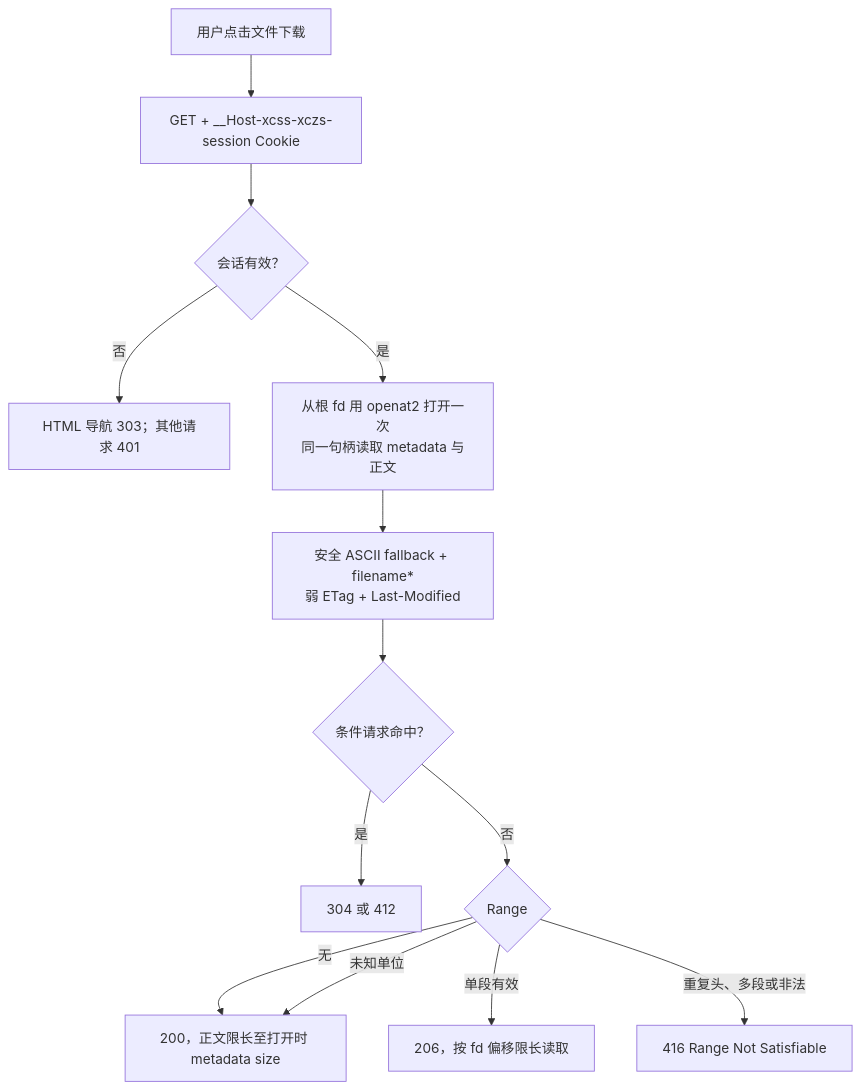
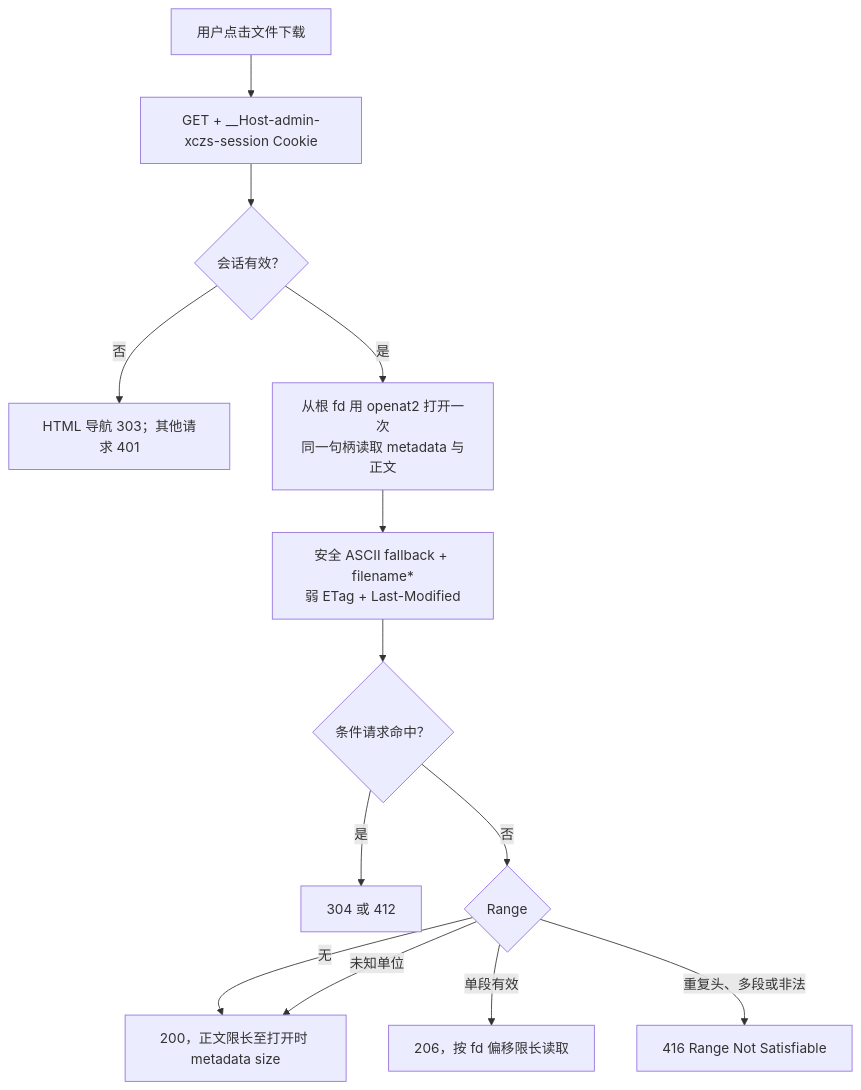
The sixth of 17 diagrams in docs/project-workflow.md (isarmg/dufs-ram-server), drawn with Mermaid before and after one commit. The commit also changed other lines of this file and 186 other files, not shown here.

````diff
--- a/docs/project-workflow.md
+++ b/docs/project-workflow.md
@@ -261,15 +261,15 @@
 ```mermaid
 flowchart TD
-    CLICK["用户点击文件下载"] --> GET["GET + __Host-xcss-xczs-session Cookie"]
+    CLICK["用户点击文件下载"] --> GET["GET + __Host-admin-xczs-session Cookie"]
     GET --> SESSION{"会话有效？"}
     SESSION -- 否 --> UNAUTH["HTML 导航 303；其他请求 401"]
     SESSION -- 是 --> OPEN["从根 fd 用 openat2 打开一次<br/>同一句柄读取 metadata 与正文"]
     OPEN --> HEADER["安全 ASCII fallback + filename*<br/>弱 ETag + Last-Modified"]
     HEADER --> CACHE{"条件请求命中？"}
     CACHE -- 是 --> CONDITIONAL["304 或 412"]
     CACHE -- 否 --> RANGE{"Range"}
     RANGE -- 无 --> FULL["200，正文限长至打开时 metadata size"]
     RANGE -- 未知单位 --> FULL
     RANGE -- 单段有效 --> SINGLE["206，按 fd 偏移限长读取"]
     RANGE -- 重复头、多段或非法 --> BAD["416 Range Not Satisfiable"]
 ```
````
